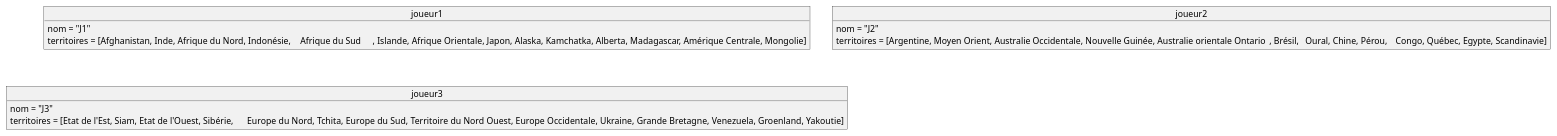
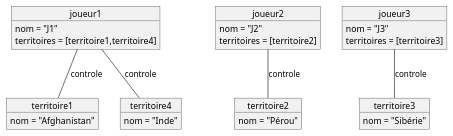
One commit to LusthAlma/Project-Risk changed the second of 2 diagrams in src/doc/_chapters/use-case-donner-territoires.adoc. Above: the diagram before and after it, drawn with PlantUML. The commit also changed other lines of this file, not shown here.

Commit message:
Maj snapshot

```diff
--- a/src/doc/_chapters/use-case-donner-territoires.adoc
+++ b/src/doc/_chapters/use-case-donner-territoires.adoc
@@ -103,21 +100,44 @@
 [plantuml, territoire-snap-end, png]
 ----
 @startuml	
 
+Object territoire1 {
+		nom = "Afghanistan"
+}
+
+Object territoire2 {
+		nom = "Pérou"
+}
+
+Object territoire3 {
+		nom = "Sibérie"
+}
+
+Object territoire4 {
+		nom = "Inde"
+}
+
 Object joueur1 {
         nom = "J1"
-        territoires = [Afghanistan, Inde, Afrique du Nord, Indonésie,	Afrique du Sud	, Islande, Afrique Orientale, Japon, Alaska, Kamchatka, Alberta, Madagascar, Amérique Centrale, Mongolie]
+        territoires = [territoire1,territoire4]
 }
 
 Object joueur2 {
         nom = "J2"
-        territoires = [Argentine, Moyen Orient, Australie Occidentale, Nouvelle Guinée, Australie orientale Ontario	, Brésil,	Oural, Chine, Pérou,	Congo, Québec, Egypte, Scandinavie]
+        territoires = [territoire2]
 }
 
 Object joueur3 {
         nom = "J3"
-        territoires = [Etat de l'Est, Siam, Etat de l'Ouest, Sibérie,	 Europe du Nord, Tchita, Europe du Sud, Territoire du Nord Ouest, Europe Occidentale, Ukraine, Grande Bretagne, Venezuela, Groenland, Yakoutie]
+        territoires = [territoire3]
 }
+
+joueur1 -- territoire1 : controle
+joueur1 -- territoire4 : controle
+
+joueur2 -- territoire2 : controle
+
+joueur3 -- territoire3 : controle
 
 @enduml
 ----
```
